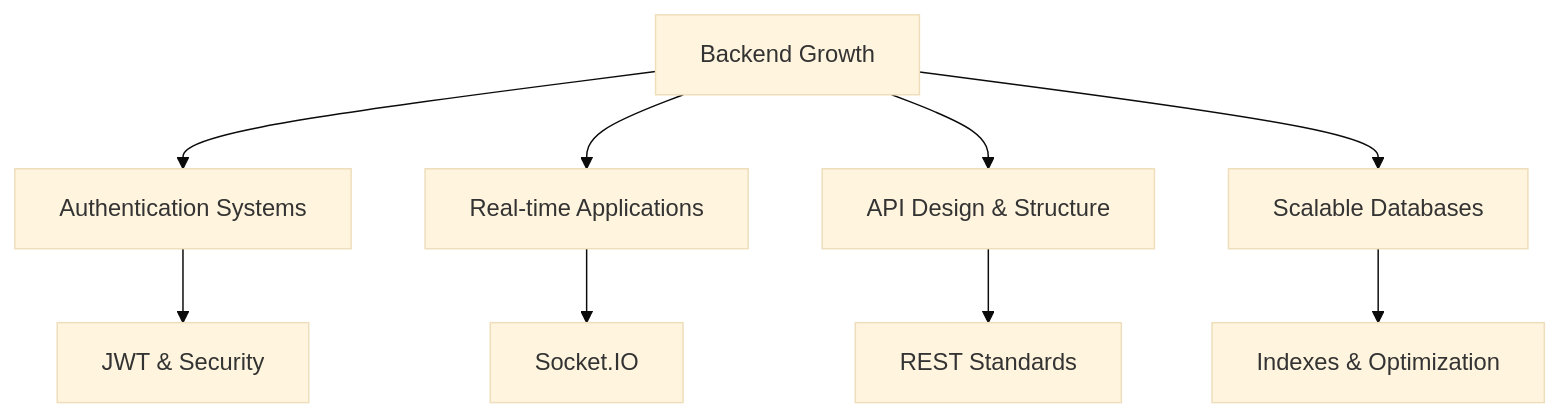
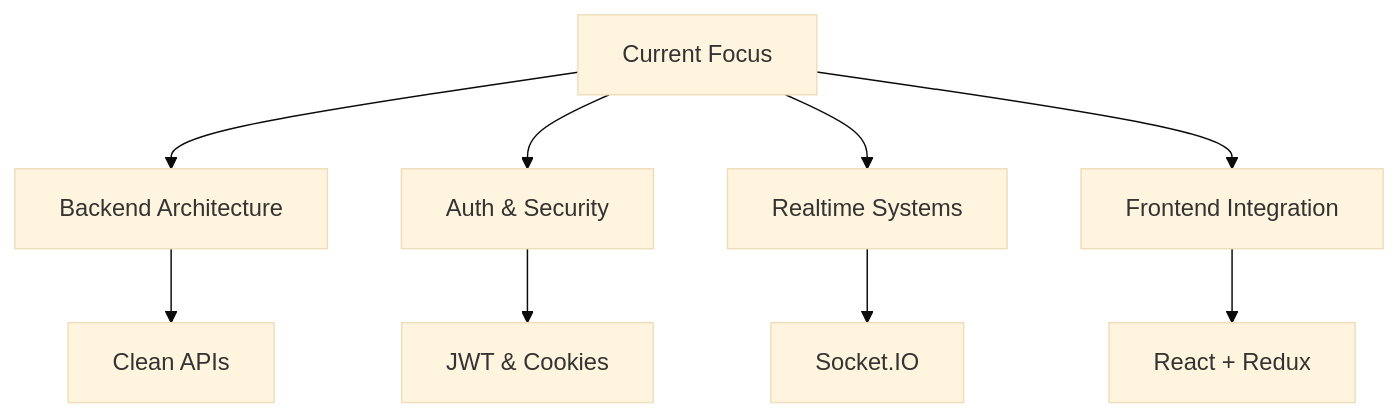
Before and after one commit to archit7-gif/archit7-gif: the diagram in README.md, drawn with Mermaid (base theme). The commit also changed other lines of this file, not shown here.

````diff
--- a/README.md
+++ b/README.md
@@ -105,12 +131,12 @@
 ```mermaid
 graph TD
-  A[Backend Growth] --> B[Authentication Systems]
-  A --> C[Real-time Applications]
-  A --> D[API Design & Structure]
-  A --> E[Scalable Databases]
+  A[Current Focus] --> B[Backend Architecture]
+  A --> C[Auth & Security]
+  A --> D[Realtime Systems]
+  A --> E[Frontend Integration]
 
-  B --> F[JWT & Security]
-  C --> G[Socket.IO]
-  D --> H[REST Standards]
-  E --> I[Indexes & Optimization]
+  B --> F[Clean APIs]
+  C --> G[JWT & Cookies]
+  D --> H[Socket.IO]
+  E --> I[React + Redux]
 ```
````
